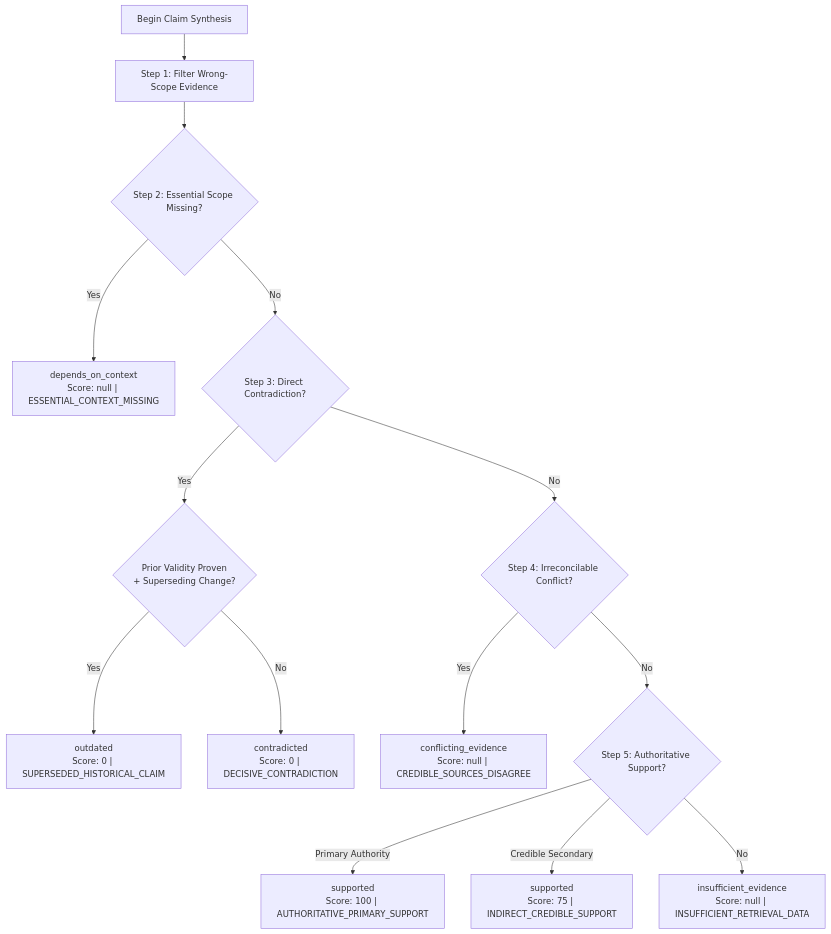
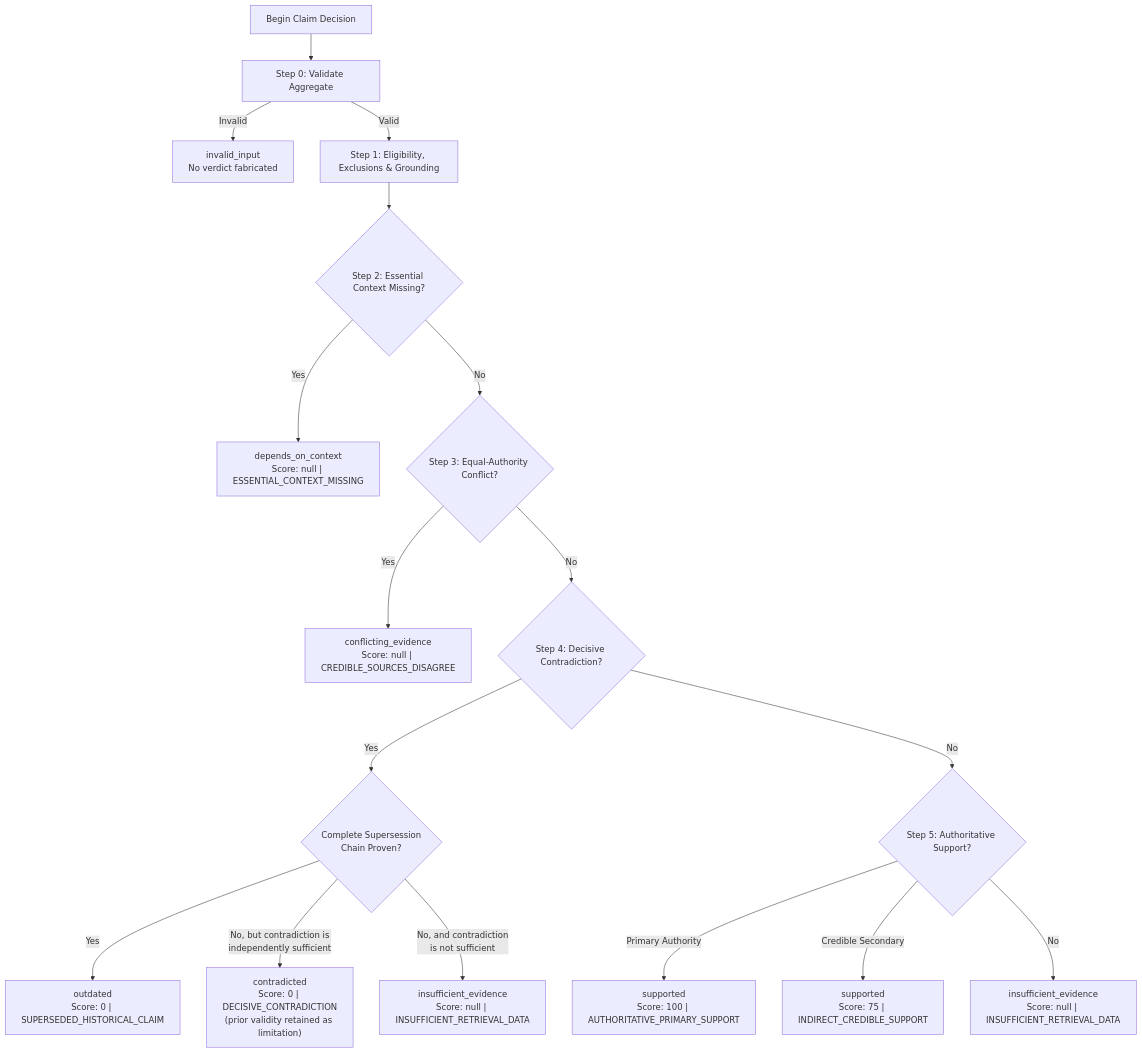
The fourth of 4 diagrams in docs/VERIFICATION.md (Driftaxe/Afterfact), drawn with Mermaid before and after one commit. The commit also changed other lines of this file and 7 other files, not shown here.

Commit message:
feat(verify): implement A05 deterministic policy, decision gates, and aggregate synthesis

````diff
--- a/docs/VERIFICATION.md
+++ b/docs/VERIFICATION.md
@@ -378,20 +378,22 @@
 ```mermaid
 flowchart TD
-    Start["Begin Claim Synthesis"] --> Step1["Step 1: Filter Wrong-Scope Evidence"]
-    Step1 --> Step2{"Step 2: Essential Scope Missing?"}
+    Start["Begin Claim Decision"] --> Step0["Step 0: Validate Aggregate"]
+    Step0 -- Invalid --> Invalid["invalid_input<br/>No verdict fabricated"]
+    Step0 -- Valid --> Step1["Step 1: Eligibility, Exclusions & Grounding"]
+    Step1 --> Step2{"Step 2: Essential Context Missing?"}
     Step2 -- Yes --> DepContext["depends_on_context<br/>Score: null | ESSENTIAL_CONTEXT_MISSING"]
-    Step2 -- No --> Step3{"Step 3: Direct Contradiction?"}
+    Step2 -- No --> Step3{"Step 3: Equal-Authority Conflict?"}
+    Step3 -- Yes --> Conflict["conflicting_evidence<br/>Score: null | CREDIBLE_SOURCES_DISAGREE"]
 
-    Step3 -- Yes --> CheckOutdated{"Prior Validity Proven<br/>+ Superseding Change?"}
+    Step3 -- No --> Step4{"Step 4: Decisive Contradiction?"}
+    Step4 -- Yes --> CheckOutdated{"Complete Supersession<br/>Chain Proven?"}
     CheckOutdated -- Yes --> Outdated["outdated<br/>Score: 0 | SUPERSEDED_HISTORICAL_CLAIM"]
-    CheckOutdated -- No --> Contradicted["contradicted<br/>Score: 0 | DECISIVE_CONTRADICTION"]
-
-    Step3 -- No --> Step4{"Step 4: Irreconcilable Conflict?"}
-    Step4 -- Yes --> Conflict["conflicting_evidence<br/>Score: null | CREDIBLE_SOURCES_DISAGREE"]
+    CheckOutdated -- "No, but contradiction is<br/>independently sufficient" --> Contradicted["contradicted<br/>Score: 0 | DECISIVE_CONTRADICTION<br/>(prior validity retained as limitation)"]
+    CheckOutdated -- "No, and contradiction<br/>is not sufficient" --> InsufficientTransition["insufficient_evidence<br/>Score: null | INSUFFICIENT_RETRIEVAL_DATA"]
 
     Step4 -- No --> Step5{"Step 5: Authoritative Support?"}
     Step5 -- Primary Authority --> Supported100["supported<br/>Score: 100 | AUTHORITATIVE_PRIMARY_SUPPORT"]
     Step5 -- Credible Secondary --> Supported75["supported<br/>Score: 75 | INDIRECT_CREDIBLE_SUPPORT"]
 
     Step5 -- No --> Step6["insufficient_evidence<br/>Score: null | INSUFFICIENT_RETRIEVAL_DATA"]
 ```
````
